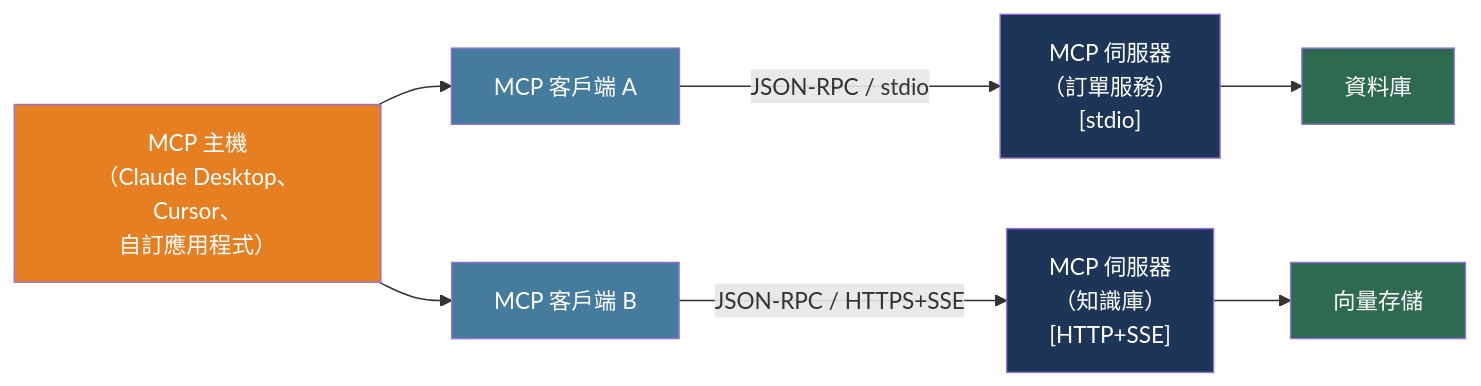
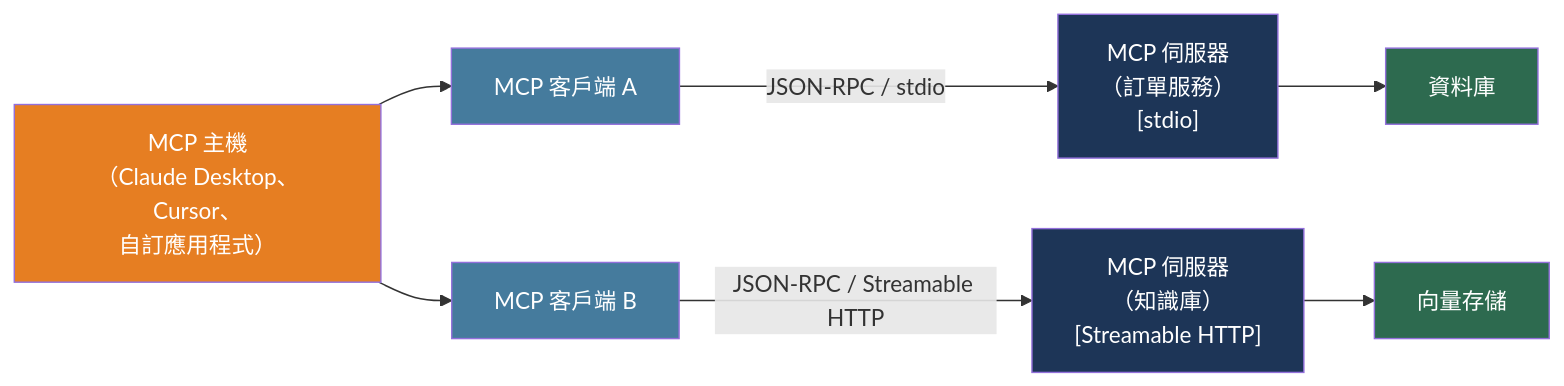
Before and after one commit to alivedise/backend-engineering-essentials: the diagram in docs/zh-tw/ai-backend-patterns/model-context-protocol-mcp.md, drawn with Mermaid. The commit also changed other lines of this file and 1 other file, not shown here.

First line of the commit message:
docs(bee-30003): update MCP transport to Streamable HTTP

````diff
--- a/docs/zh-tw/ai-backend-patterns/model-context-protocol-mcp.md
+++ b/docs/zh-tw/ai-backend-patterns/model-context-protocol-mcp.md
@@ -163,25 +167,25 @@
 ```mermaid
 flowchart LR
     Host["MCP 主機\n（Claude Desktop、Cursor、\n自訂應用程式）"]
     ClientA["MCP 客戶端 A"]
     ClientB["MCP 客戶端 B"]
     ServerA["MCP 伺服器\n（訂單服務）\n[stdio]"]
-    ServerB["MCP 伺服器\n（知識庫）\n[HTTP+SSE]"]
+    ServerB["MCP 伺服器\n（知識庫）\n[Streamable HTTP]"]
     DB["資料庫"]
     KB["向量存儲"]
 
     Host --> ClientA
     Host --> ClientB
     ClientA -->|"JSON-RPC / stdio"| ServerA
-    ClientB -->|"JSON-RPC / HTTPS+SSE"| ServerB
+    ClientB -->|"JSON-RPC / Streamable HTTP"| ServerB
     ServerA --> DB
     ServerB --> KB
 
     style Host fill:#e67e22,color:#fff
     style ClientA fill:#457b9d,color:#fff
     style ClientB fill:#457b9d,color:#fff
     style ServerA fill:#1d3557,color:#fff
     style ServerB fill:#1d3557,color:#fff
     style DB fill:#2d6a4f,color:#fff
     style KB fill:#2d6a4f,color:#fff
 ```
````
